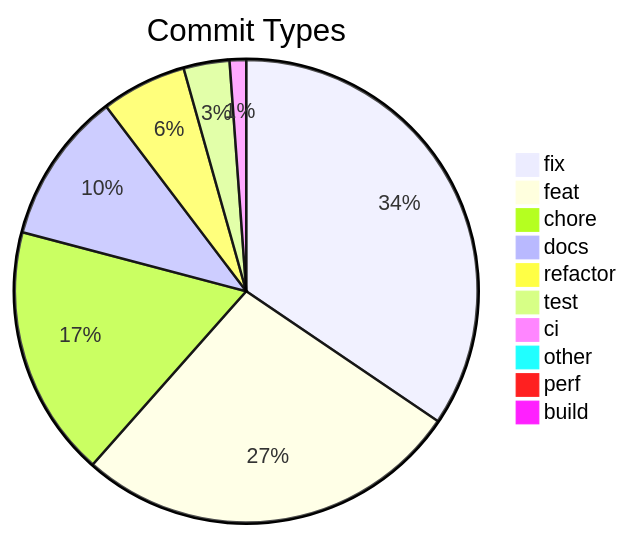
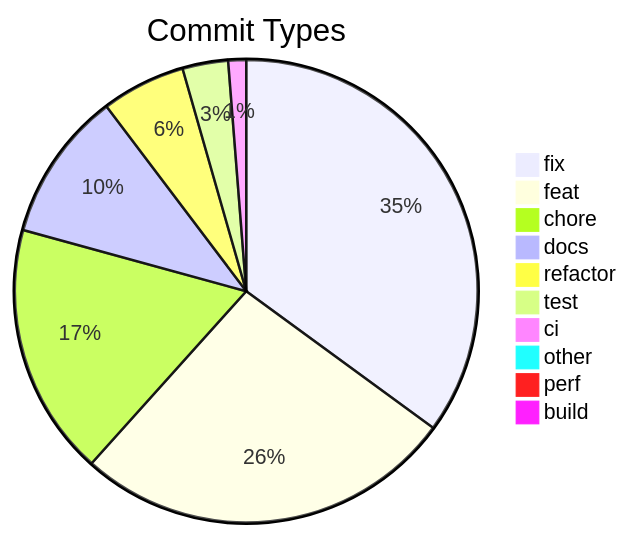
One commit to svenroth-ai/shipwright changed the diagram in .shipwright/compliance/change-history.md. Above: the diagram before and after it, drawn with Mermaid. The commit also changed other lines of this file and 69 other files, not shown here.

First line of the commit message:
feat(iterate): internal architecture-review arm for /shipwright-plan and /shipwright-iterate (#813)

````diff
--- a/.shipwright/compliance/change-history.md
+++ b/.shipwright/compliance/change-history.md
@@ -10,13 +10,13 @@
 ```mermaid
 pie title Commit Types
-    "fix" : 538
-    "feat" : 422
-    "chore" : 274
-    "docs" : 165
-    "refactor" : 93
-    "test" : 50
-    "ci" : 18
-    "other" : 10
+    "fix" : 561
+    "feat" : 426
+    "chore" : 282
+    "docs" : 167
+    "refactor" : 94
+    "test" : 51
+    "ci" : 20
+    "other" : 11
     "perf" : 1
     "build" : 1
 ```
````
